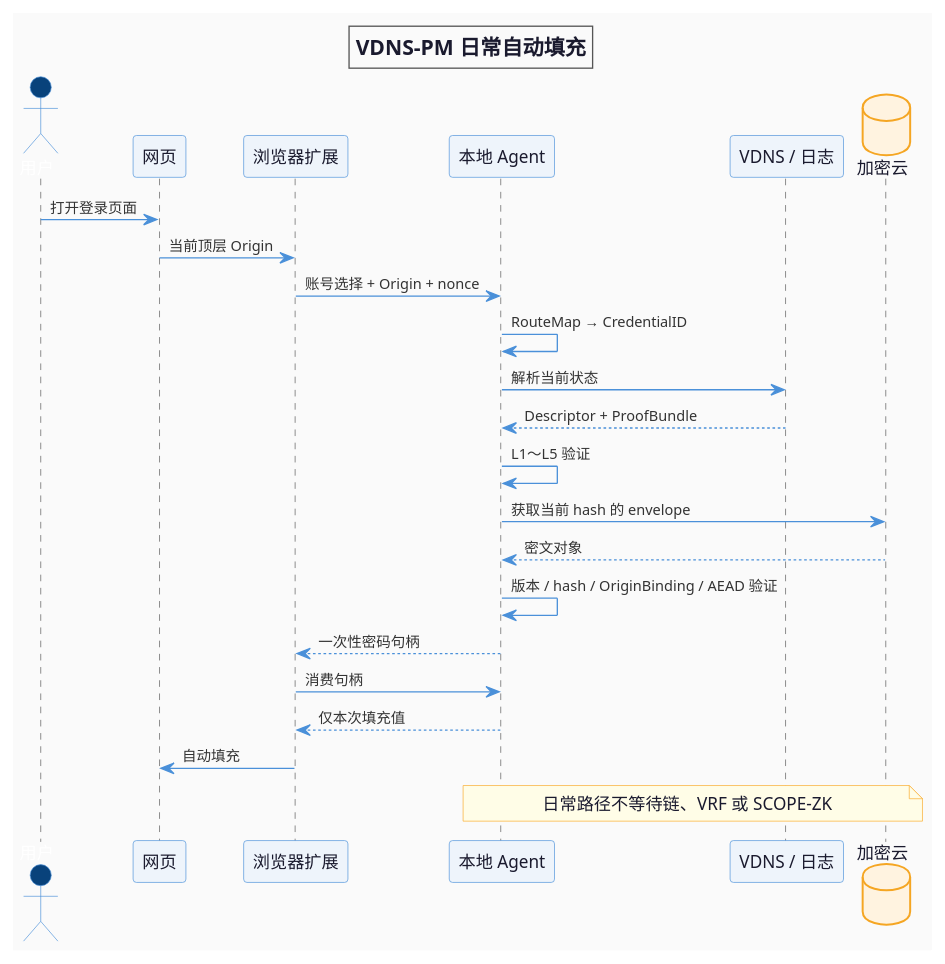
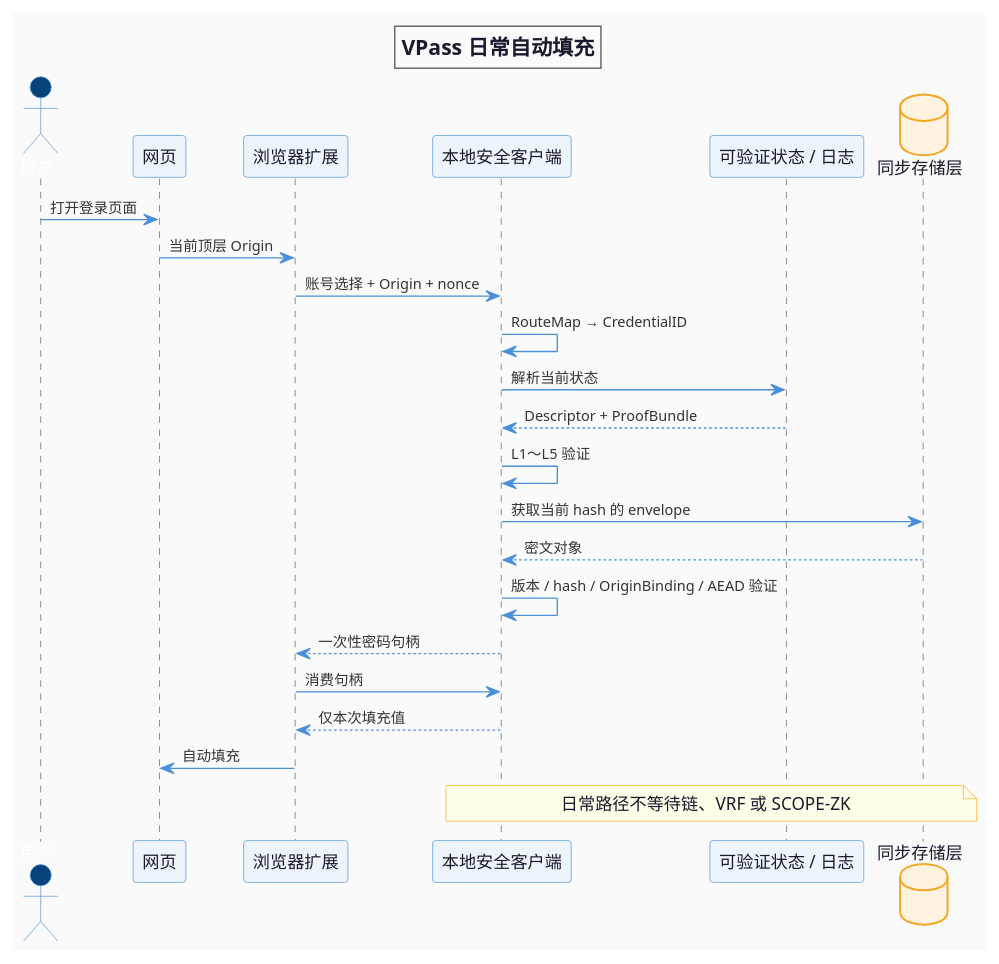
Before and after one commit to lwcyyk/biyesheji: the diagram in docs/diagrams/autofill-sequence/source.puml, drawn with PlantUML. The commit also changed 247 other files, not shown here.

Commit message:
refactor: rename VDNS-PM to VPass and align project status

```diff
--- a/docs/diagrams/autofill-sequence/source.puml
+++ b/docs/diagrams/autofill-sequence/source.puml
@@ -1,68 +1,68 @@
 @startuml
 <style>
 root {
   FontName Arial
   FontSize 13
   BackgroundColor #FAFAFA
   LineColor #555555
 }
 title {
   FontSize 16
   FontStyle bold
   FontColor #1A1A2E
 }
 arrow {
   LineColor #4A90D9
   FontColor #333333
   FontSize 11
 }
 actor {
   BackGroundColor #08427B
   LineColor #4A90D9
   FontColor #FFFFFF
 }
 participant {
   BackGroundColor #EEF4FB
   LineColor #4A90D9
   FontColor #1A1A2E
 }
 database {
   BackGroundColor #FFF3E0
   LineColor #F5A623
   FontColor #1A1A2E
 }
 note {
   BackGroundColor #FFFDE7
   LineColor #F9A825
   FontColor #1A1A2E
 }
 </style>
 
-title VDNS-PM 日常自动填充
+title VPass 日常自动填充
 
 actor 用户 as User
 participant 网页 as Web
 participant 浏览器扩展 as Extension
-participant "本地 Agent" as Agent
-participant "VDNS / 日志" as VDNS
-database 加密云 as Cloud
+participant "本地安全客户端" as Client
+participant "可验证状态 / 日志" as State
+database 同步存储层 as Storage
 
 User -> Web : 打开登录页面
 Web -> Extension : 当前顶层 Origin
-Extension -> Agent : 账号选择 + Origin + nonce
-Agent -> Agent : RouteMap → CredentialID
-Agent -> VDNS : 解析当前状态
-VDNS --> Agent : Descriptor + ProofBundle
-Agent -> Agent : L1～L5 验证
-Agent -> Cloud : 获取当前 hash 的 envelope
-Cloud --> Agent : 密文对象
-Agent -> Agent : 版本 / hash / OriginBinding / AEAD 验证
-Agent --> Extension : 一次性密码句柄
-Extension -> Agent : 消费句柄
-Agent --> Extension : 仅本次填充值
+Extension -> Client : 账号选择 + Origin + nonce
+Client -> Client : RouteMap → CredentialID
+Client -> State : 解析当前状态
+State --> Client : Descriptor + ProofBundle
+Client -> Client : L1～L5 验证
+Client -> Storage : 获取当前 hash 的 envelope
+Storage --> Client : 密文对象
+Client -> Client : 版本 / hash / OriginBinding / AEAD 验证
+Client --> Extension : 一次性密码句柄
+Extension -> Client : 消费句柄
+Client --> Extension : 仅本次填充值
 Extension -> Web : 自动填充
 
-note over Agent,Cloud
+note over Client,Storage
   日常路径不等待链、VRF 或 SCOPE-ZK
 end note
 @enduml
```
